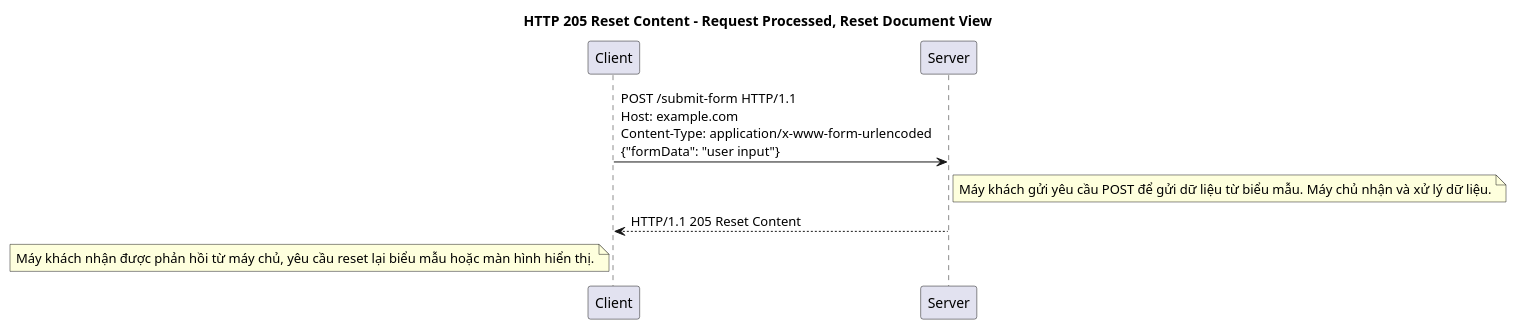
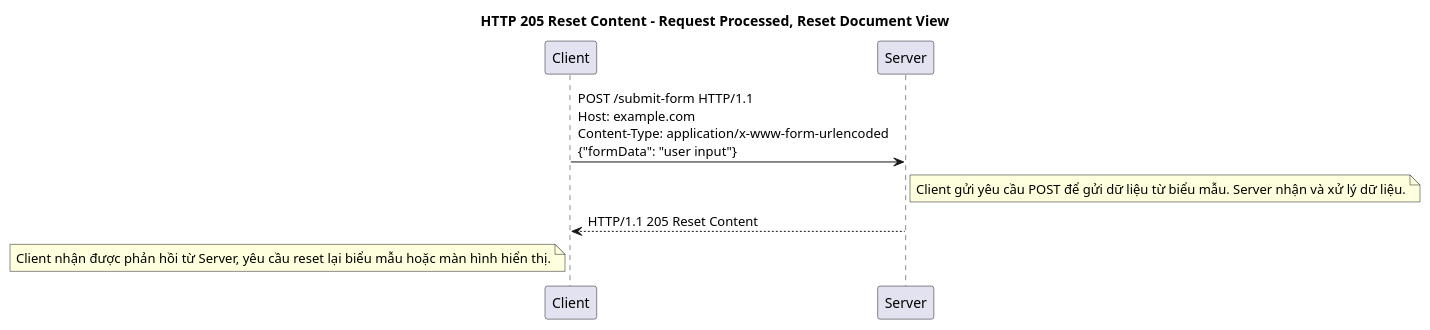
One commit to thanhlv-com/thanhlv-blog changed the eighth of 27 diagrams in packages/apps/src/blog/2024-12-05-y-nghia-cua-cac-http-status-code.md. Above: the diagram before and after it, drawn with PlantUML. The commit also changed other lines of this file, not shown here.

````diff
--- a/packages/apps/src/blog/2024-12-05-y-nghia-cua-cac-http-status-code.md
+++ b/packages/apps/src/blog/2024-12-05-y-nghia-cua-cac-http-status-code.md
@@ -320,16 +320,16 @@
 ```plantuml
 @startuml
 
 title HTTP 205 Reset Content - Request Processed, Reset Document View
 
 participant "Client" as C
 participant "Server" as S
 
 C -> S: POST /submit-form HTTP/1.1\nHost: example.com\nContent-Type: application/x-www-form-urlencoded\n{"formData": "user input"}
-note right of S: Máy khách gửi yêu cầu POST để gửi dữ liệu từ biểu mẫu. Máy chủ nhận và xử lý dữ liệu.
+note right of S: Client gửi yêu cầu POST để gửi dữ liệu từ biểu mẫu. Server nhận và xử lý dữ liệu.
 
 S --> C: HTTP/1.1 205 Reset Content
-note left of C: Máy khách nhận được phản hồi từ máy chủ, yêu cầu reset lại biểu mẫu hoặc màn hình hiển thị.
+note left of C: Client nhận được phản hồi từ Server, yêu cầu reset lại biểu mẫu hoặc màn hình hiển thị.
 @enduml
 
 ```
````
